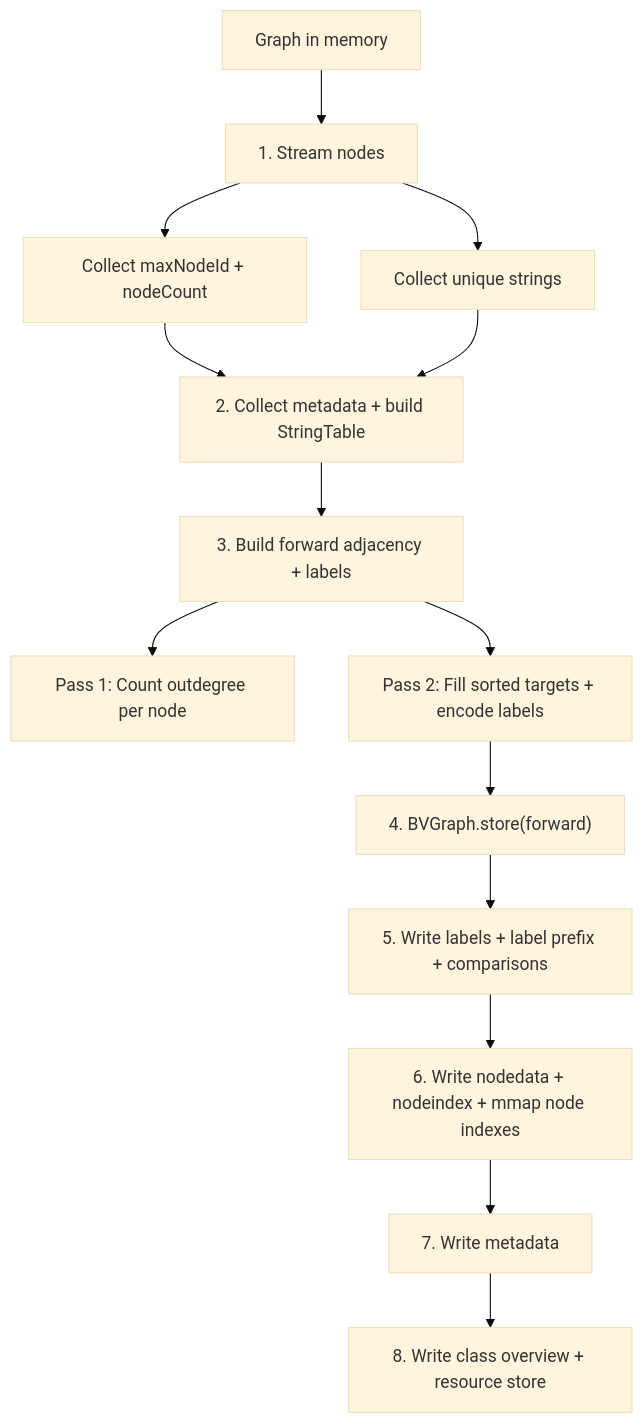
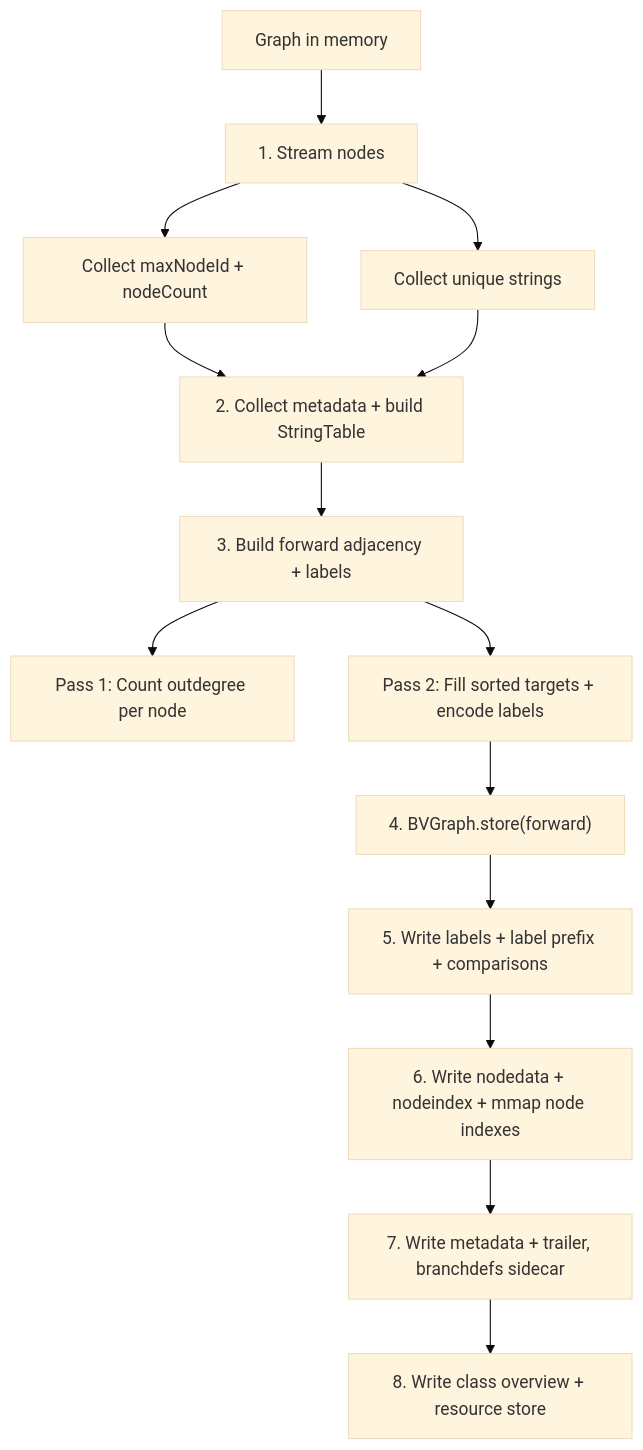
One commit to johnsonlee/graphite changed the first of 2 diagrams in docs/webgraph-storage.md. Above: the diagram before and after it, drawn with Mermaid (base theme). The commit also changed other lines of this file and 24 other files, not shown here.

````diff
--- a/docs/webgraph-storage.md
+++ b/docs/webgraph-storage.md
@@ -107,15 +144,15 @@
 ```mermaid
 graph TD
     A[Graph in memory] --> B[1. Stream nodes]
     B --> B1[Collect maxNodeId + nodeCount]
     B --> B2[Collect unique strings]
     B1 & B2 --> C[2. Collect metadata + build StringTable]
     C --> D["3. Build forward adjacency + labels"]
     D --> D1["Pass 1: Count outdegree per node"]
     D --> D2["Pass 2: Fill sorted targets + encode labels"]
     D2 --> E["4. BVGraph.store(forward)"]
     E --> F[5. Write labels + label prefix + comparisons]
     F --> G["6. Write nodedata + nodeindex + mmap node indexes"]
-    G --> H[7. Write metadata]
+    G --> H[7. Write metadata + trailer, branchdefs sidecar]
     H --> I[8. Write class overview + resource store]
 ```
````
